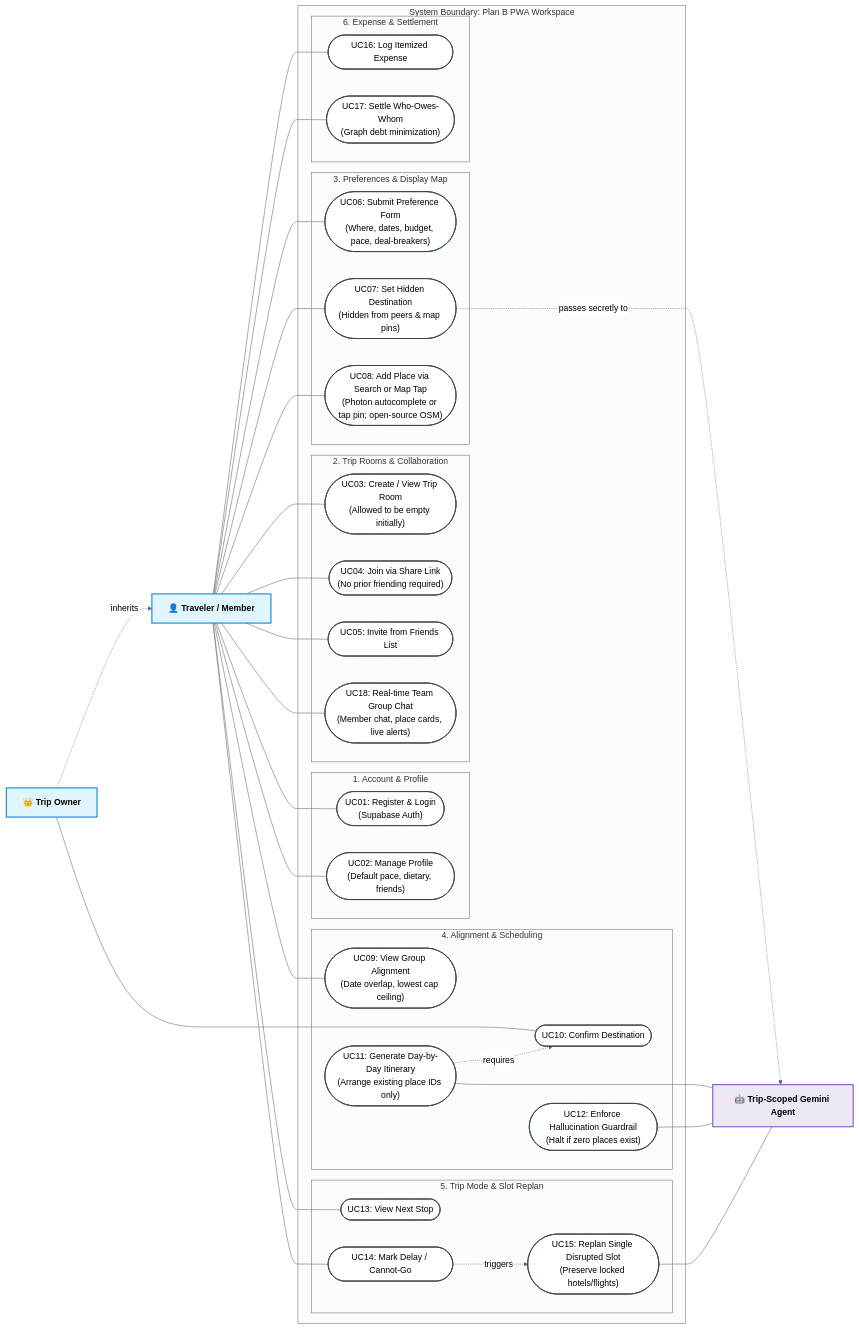
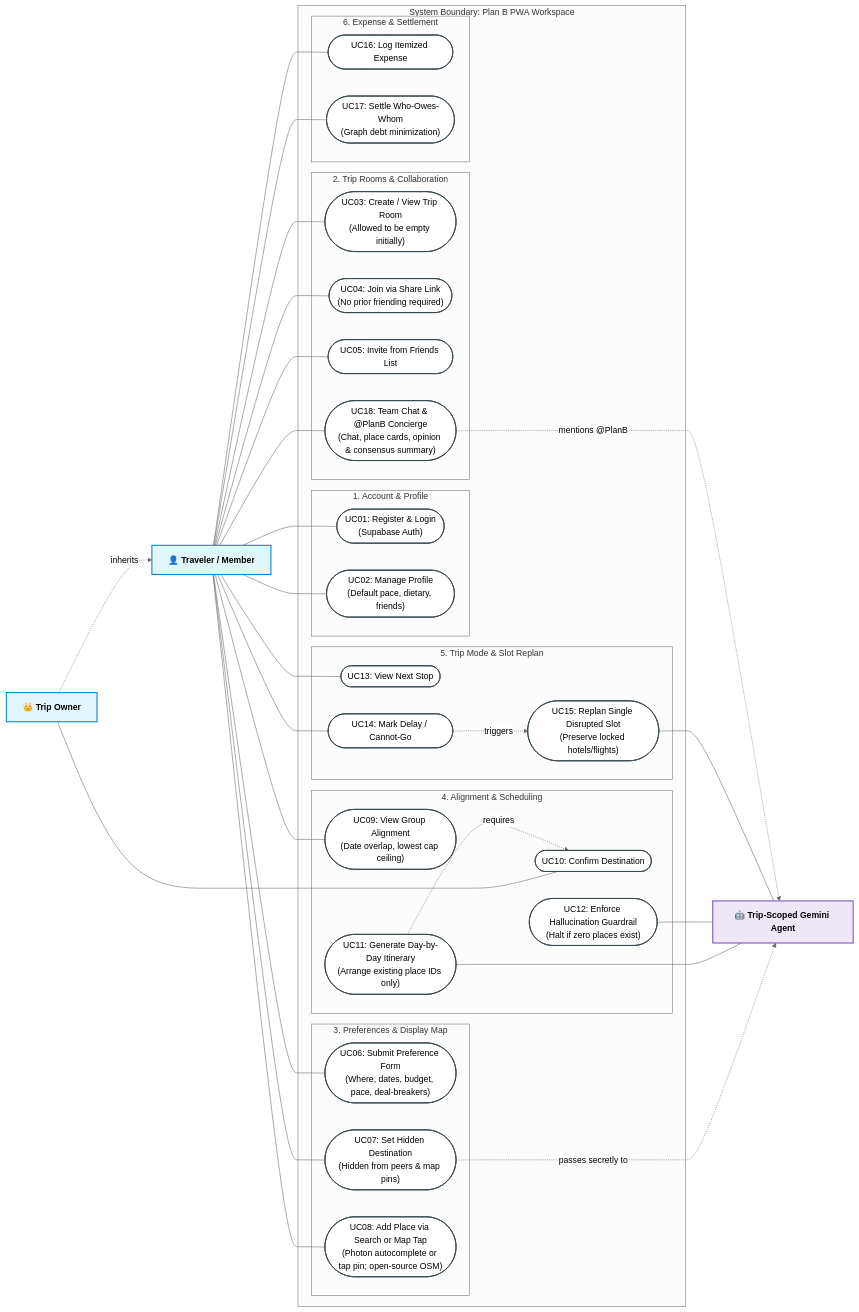
The second of 15 diagrams in README.md (nlzce/We-are-the-champions_Plan-B), drawn with Mermaid (neutral theme) before and after one commit. The commit also changed other lines of this file, not shown here.

Commit message:
docs: integrate group opinion and chat consensus summarizer across architecture diagrams

````diff
--- a/README.md
+++ b/README.md
@@ -123,75 +123,76 @@
 ```mermaid
 flowchart LR
   classDef actor fill:#e1f5fe,stroke:#0288d1,stroke-width:2px,font-weight:bold;
   classDef usecase fill:#ffffff,stroke:#37474f,stroke-width:1.5px;
   classDef system fill:#f8f9fa,stroke:#455a64,stroke-width:2px;
   classDef ai fill:#ede7f6,stroke:#7e57c2,stroke-width:2px,font-weight:bold;
 
   Traveler["👤 Traveler / Member"]:::actor
   Owner["👑 Trip Owner"]:::actor
   Gemini["🤖 Trip-Scoped Gemini Agent"]:::ai
 
   Owner -.->|inherits| Traveler
 
   subgraph Boundary["System Boundary: Plan B PWA Workspace"]
     subgraph UC_Auth["1. Account & Profile"]
       UC01(["UC01: Register & Login<br/>(Supabase Auth)"]):::usecase
       UC02(["UC02: Manage Profile<br/>(Default pace, dietary, friends)"]):::usecase
     end
 
     subgraph UC_Room["2. Trip Rooms & Collaboration"]
       UC03(["UC03: Create / View Trip Room<br/>(Allowed to be empty initially)"]):::usecase
       UC04(["UC04: Join via Share Link<br/>(No prior friending required)"]):::usecase
       UC05(["UC05: Invite from Friends List"]):::usecase
-      UC18(["UC18: Real-time Team Group Chat<br/>(Member chat, place cards, live alerts)"]):::usecase
+      UC18(["UC18: Team Chat & @PlanB Concierge<br/>(Chat, place cards, opinion & consensus summary)"]):::usecase
     end
 
     subgraph UC_Prefs["3. Preferences & Display Map"]
       UC06(["UC06: Submit Preference Form<br/>(Where, dates, budget, pace, deal-breakers)"]):::usecase
       UC07(["UC07: Set Hidden Destination<br/>(Hidden from peers & map pins)"]):::usecase
       UC08(["UC08: Add Place via Search or Map Tap<br/>(Photon autocomplete or tap pin; open-source OSM)"]):::usecase
     end
 
     subgraph UC_Plan["4. Alignment & Scheduling"]
       UC09(["UC09: View Group Alignment<br/>(Date overlap, lowest cap ceiling)"]):::usecase
       UC10(["UC10: Confirm Destination"]):::usecase
       UC11(["UC11: Generate Day-by-Day Itinerary<br/>(Arrange existing place IDs only)"]):::usecase
       UC12(["UC12: Enforce Hallucination Guardrail<br/>(Halt if zero places exist)"]):::usecase
     end
 
     subgraph UC_Trip["5. Trip Mode & Slot Replan"]
       UC13(["UC13: View Next Stop"]):::usecase
       UC14(["UC14: Mark Delay / Cannot-Go"]):::usecase
       UC15(["UC15: Replan Single Disrupted Slot<br/>(Preserve locked hotels/flights)"]):::usecase
     end
 
     subgraph UC_Money["6. Expense & Settlement"]
       UC16(["UC16: Log Itemized Expense"]):::usecase
       UC17(["UC17: Settle Who-Owes-Whom<br/>(Graph debt minimization)"]):::usecase
     end
   end
 
   Traveler --- UC01
   Traveler --- UC02
   Traveler --- UC03
   Traveler --- UC04
   Traveler --- UC05
   Traveler --- UC06
   Traveler --- UC07
   Traveler --- UC08
   Traveler --- UC09
   Traveler --- UC13
   Traveler --- UC14
   Traveler --- UC16
   Traveler --- UC17
   Traveler --- UC18
 
   Owner --- UC10
 
   UC07 -.->|passes secretly to| Gemini
   UC11 -.->|requires| UC10
   UC11 --- Gemini
   UC12 --- Gemini
   UC14 -.->|triggers| UC15
   UC15 --- Gemini
+  UC18 -.->|mentions @PlanB| Gemini
 ```
````
